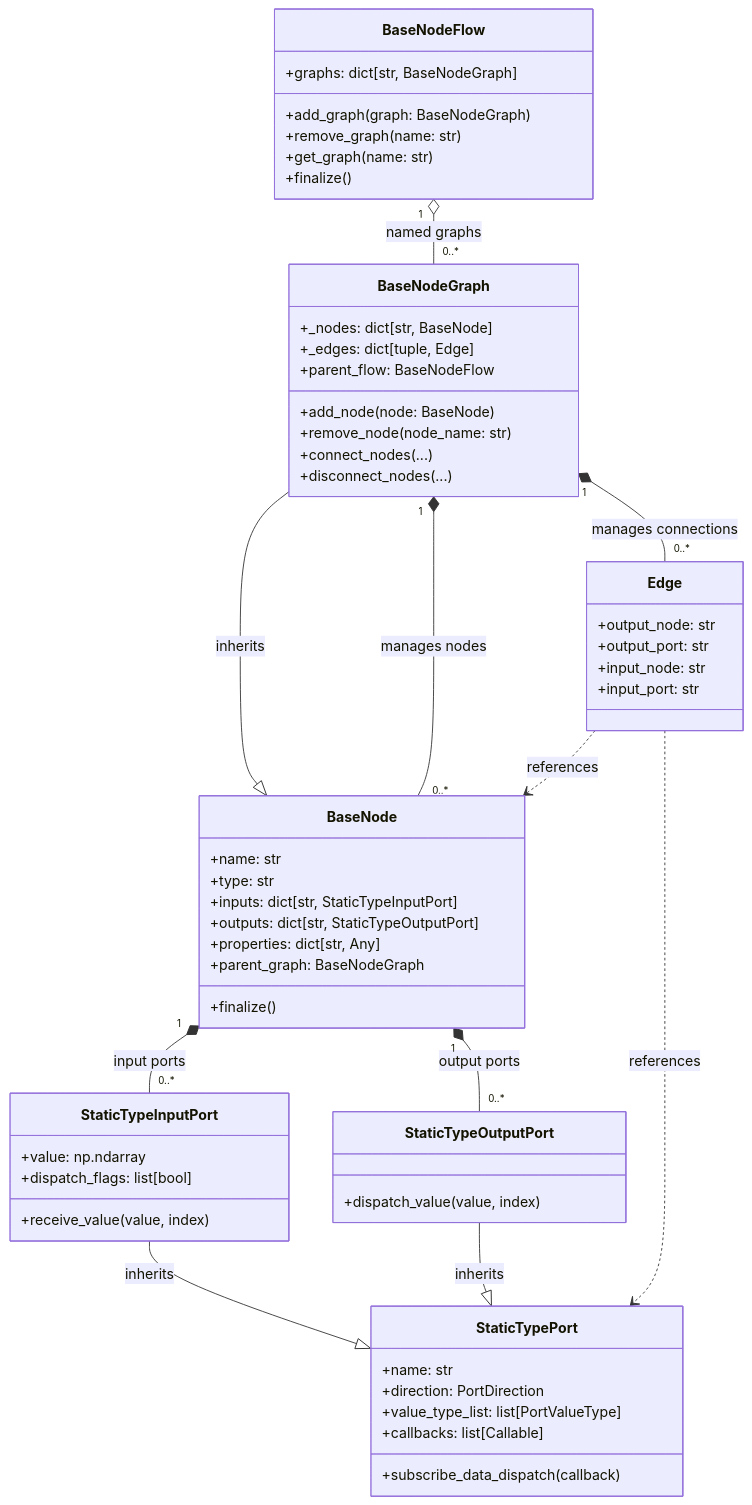
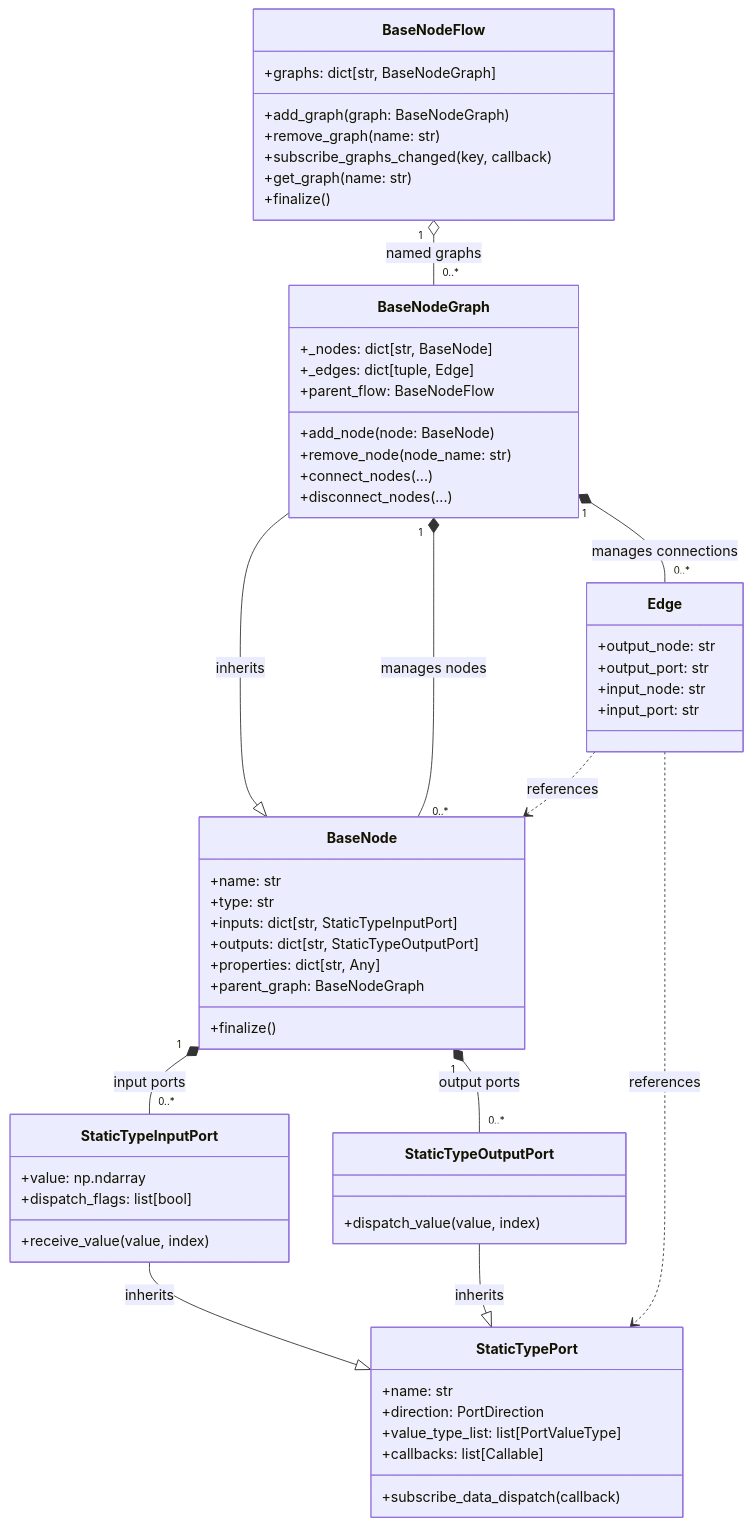
The first of 2 diagrams in docs/nodegraph-architecture.md (viestyle-dev/nonoha-core), drawn with Mermaid before and after one commit. The commit also changed 3 other files, not shown here.

Commit message:
GraphProxyNode: Enhance graph subscription handling and edge connection logic

````diff
--- a/docs/nodegraph-architecture.md
+++ b/docs/nodegraph-architecture.md
@@ -9,66 +9,67 @@
 ```mermaid
 classDiagram
     class BaseNode {
         +name: str
         +type: str
         +inputs: dict[str, StaticTypeInputPort]
         +outputs: dict[str, StaticTypeOutputPort]
         +properties: dict[str, Any]
         +parent_graph: BaseNodeGraph
         +finalize()
     }
 
     class BaseNodeGraph {
         +_nodes: dict[str, BaseNode]
         +_edges: dict[tuple, Edge]
         +parent_flow: BaseNodeFlow
         +add_node(node: BaseNode)
         +remove_node(node_name: str)
         +connect_nodes(...)
         +disconnect_nodes(...)
     }
 
     class BaseNodeFlow {
         +graphs: dict[str, BaseNodeGraph]
         +add_graph(graph: BaseNodeGraph)
         +remove_graph(name: str)
+        +subscribe_graphs_changed(key, callback)
         +get_graph(name: str)
         +finalize()
     }
 
     class StaticTypePort {
         +name: str
         +direction: PortDirection
         +value_type_list: list[PortValueType]
         +callbacks: list[Callable]
         +subscribe_data_dispatch(callback)
     }
 
     class StaticTypeInputPort {
         +value: np.ndarray
         +dispatch_flags: list[bool]
         +receive_value(value, index)
     }
 
     class StaticTypeOutputPort {
         +dispatch_value(value, index)
     }
 
     class Edge {
         +output_node: str
         +output_port: str
         +input_node: str
         +input_port: str
     }
 
     BaseNodeGraph --|> BaseNode : inherits
     BaseNode "1" *-- "0..*" StaticTypeInputPort : input ports
     BaseNode "1" *-- "0..*" StaticTypeOutputPort : output ports
     BaseNodeFlow "1" o-- "0..*" BaseNodeGraph : named graphs
     BaseNodeGraph "1" *-- "0..*" BaseNode : manages nodes
     BaseNodeGraph "1" *-- "0..*" Edge : manages connections
     StaticTypeInputPort --|> StaticTypePort : inherits
     StaticTypeOutputPort --|> StaticTypePort : inherits
     Edge ..> BaseNode : references
     Edge ..> StaticTypePort : references
 ```
````
